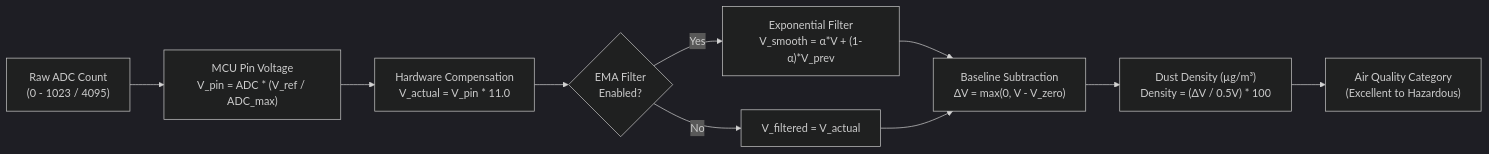
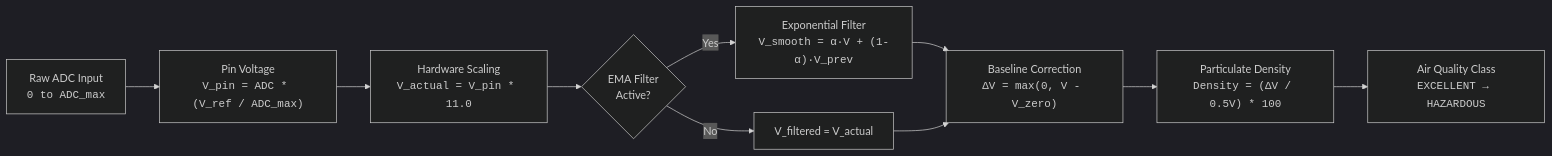
Before and after one commit to 26oppy/Waveshare_Dust_Sensor: the second of 2 diagrams in README.md, drawn with Mermaid (dark theme). The commit also changed other lines of this file and 1 other file, not shown here.

````diff
--- a/README.md
+++ b/README.md
@@ -97,12 +126,13 @@
 ```mermaid
 flowchart LR
-    A["Raw ADC Count<br/>(0 - 1023 / 4095)"] --> B["MCU Pin Voltage<br/>V_pin = ADC * (V_ref / ADC_max)"]
-    B --> C["Hardware Compensation<br/>V_actual = V_pin * 11.0"]
-    C --> D{"EMA Filter<br/>Enabled?"}
-    D -- Yes --> E["Exponential Filter<br/>V_smooth = α*V + (1-α)*V_prev"]
+    A["Raw ADC Input<br/><code>0 to ADC_max</code>"] 
+    --> B["Pin Voltage<br/><code>V_pin = ADC * (V_ref / ADC_max)</code>"]
+    --> C["Hardware Scaling<br/><code>V_actual = V_pin * 11.0</code>"]
+    --> D{"EMA Filter<br/>Active?"}
+    D -- Yes --> E["Exponential Filter<br/><code>V_smooth = α·V + (1-α)·V_prev</code>"]
     D -- No --> F["V_filtered = V_actual"]
-    E --> G["Baseline Subtraction<br/>ΔV = max(0, V - V_zero)"]
+    E --> G["Baseline Correction<br/><code>ΔV = max(0, V - V_zero)</code>"]
     F --> G
-    G --> H["Dust Density (µg/m³)<br/>Density = (ΔV / 0.5V) * 100"]
-    H --> I["Air Quality Category<br/>(Excellent to Hazardous)"]
+    G --> H["Particulate Density<br/><code>Density = (ΔV / 0.5V) * 100</code>"]
+    H --> I["Air Quality Class<br/><code>EXCELLENT → HAZARDOUS</code>"]
 ```
````
